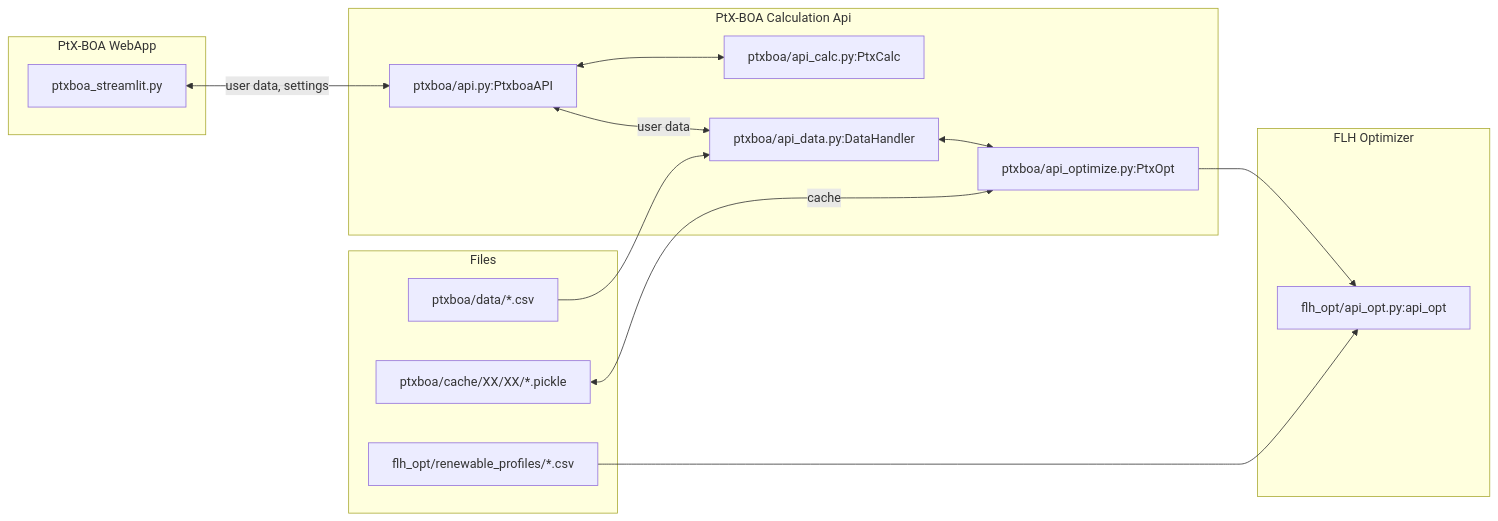
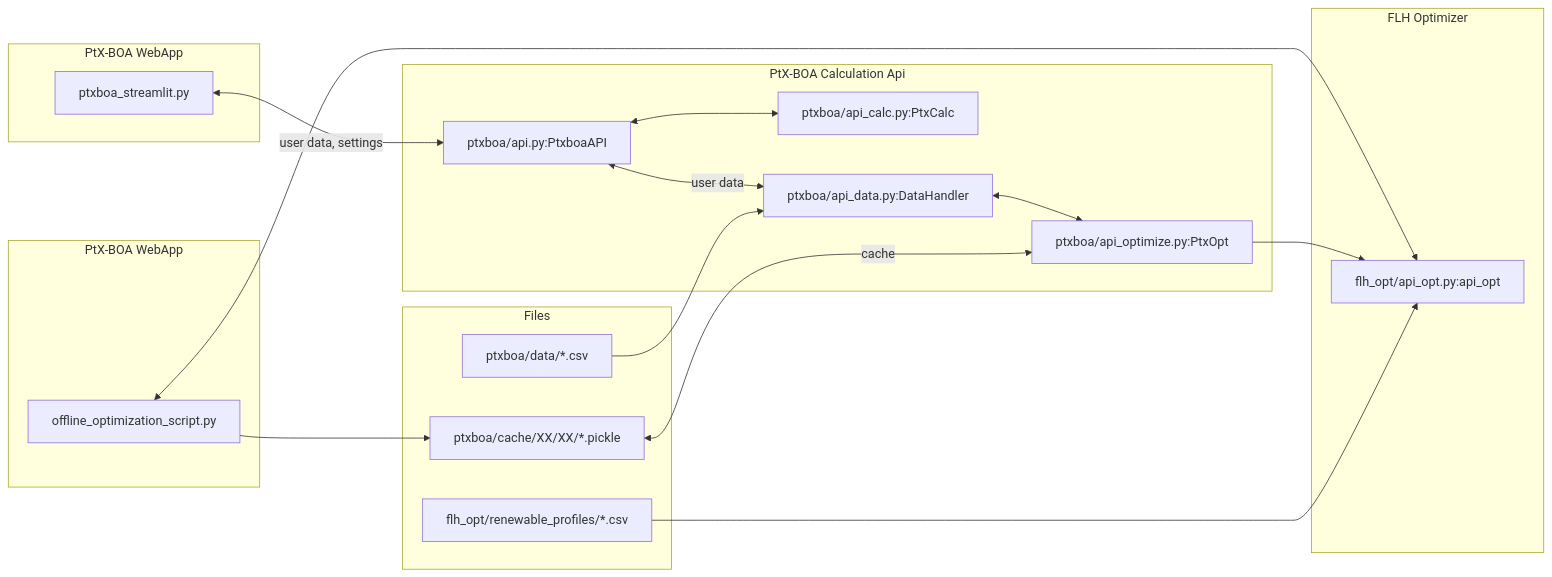
Before and after one commit to agoenergy/ptx-boa: the diagram in README.md, drawn with Mermaid.

Commit message:
update README diagram

````diff
--- a/README.md
+++ b/README.md
@@ -102,34 +102,40 @@
 ```mermaid
 
 flowchart LR
     subgraph app [PtX-BOA WebApp]
         streamlit[ptxboa_streamlit.py]
+    end
+
+    subgraph script [PtX-BOA WebApp]
+        offline_optimization[offline_optimization_script.py]
     end
 
     subgraph api [PtX-BOA Calculation Api]
         PtxboaAPI[ptxboa/api.py:PtxboaAPI]
         PtxCalc[ptxboa/api_calc.py:PtxCalc]
         DataHandler[ptxboa/api_data.py:DataHandler]
         PtxOpt[ptxboa/api_optimize.py:PtxOpt]
     end
 
     subgraph opt [FLH Optimizer]
         api_opt[flh_opt/api_opt.py:api_opt]
     end
 
     subgraph files [Files]
         profiles[flh_opt/renewable_profiles/*.csv]
         cache[ptxboa/cache/XX/XX/*.pickle]
         data[ptxboa/data/*.csv]
     end
 
     streamlit <-->|user data, settings| PtxboaAPI
     profiles --> api_opt
     cache <-->|cache| PtxOpt
     data --> DataHandler
     PtxOpt --> api_opt
     PtxboaAPI <--> PtxCalc
     DataHandler <--> PtxOpt
     PtxboaAPI <-->|user data| DataHandler
+    offline_optimization --> cache
+    offline_optimization <--> api_opt
 
 ```
````
